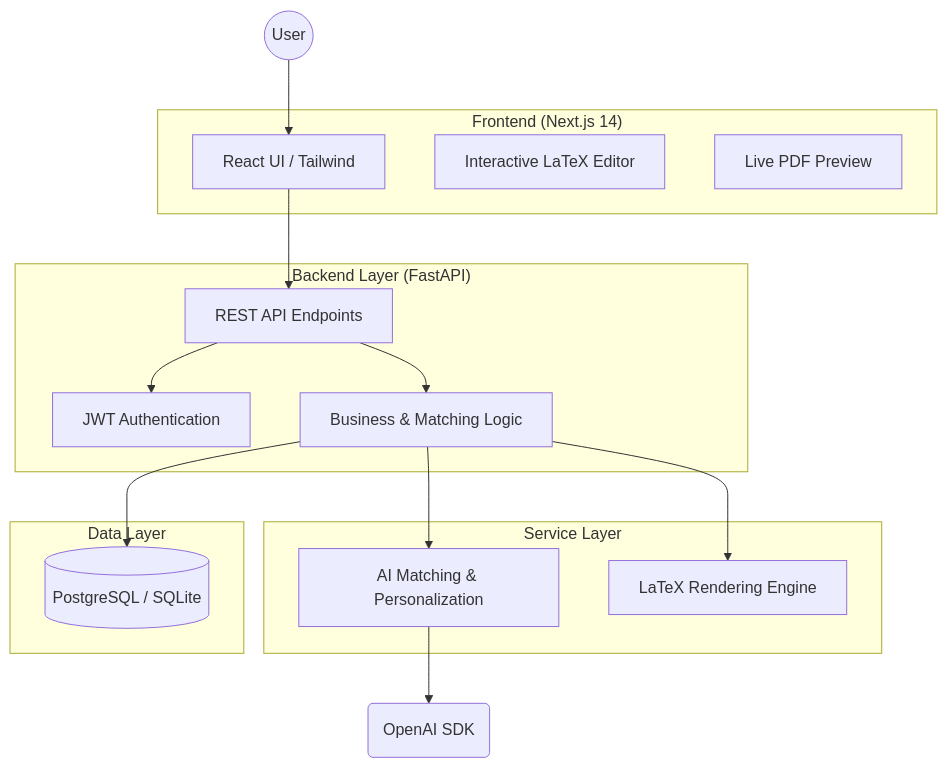
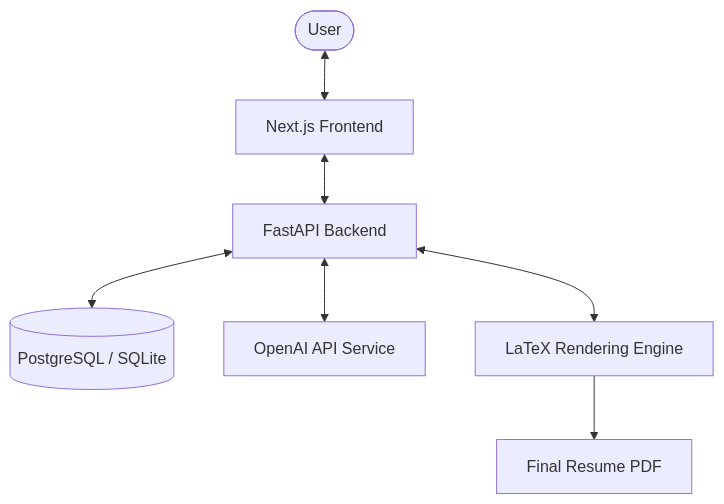
The first of 2 diagrams in README.md (SAMI-CODEAI/Controlled-AI-Resume-Personalization), drawn with Mermaid before and after one commit. The commit also changed other lines of this file, not shown here.

Commit message:
docs: add Mermaid diagrams for architecture and workflow

````diff
--- a/README.md
+++ b/README.md
@@ -15,34 +39,9 @@
 ```mermaid
 graph TD
-    User((User))
-    
-    subgraph "Frontend (Next.js 14)"
-        UI[React UI / Tailwind]
-        Draft[Interactive LaTeX Editor]
-        Viewer[Live PDF Preview]
-    end
-    
-    subgraph "Backend Layer (FastAPI)"
-        API[REST API Endpoints]
-        Auth[JWT Authentication]
-        logic[Business & Matching Logic]
-    end
-    
-    subgraph "Service Layer"
-        AI[AI Matching & Personalization]
-        LaTeX[LaTeX Rendering Engine]
-    end
-    
-    subgraph "Data Layer"
-        DB[(PostgreSQL / SQLite)]
-    end
-    
-    User --> UI
-    UI --> API
-    API --> Auth
-    API --> logic
-    logic --> DB
-    logic --> AI
-    logic --> LaTeX
-    AI --> OpenAI(OpenAI SDK)
+    User([User]) <--> Frontend[Next.js Frontend]
+    Frontend <--> API[FastAPI Backend]
+    API <--> DB[(PostgreSQL / SQLite)]
+    API <--> AI[OpenAI API Service]
+    API <--> LaTeX[LaTeX Rendering Engine]
+    LaTeX --> PDF[Final Resume PDF]
 ```
````
